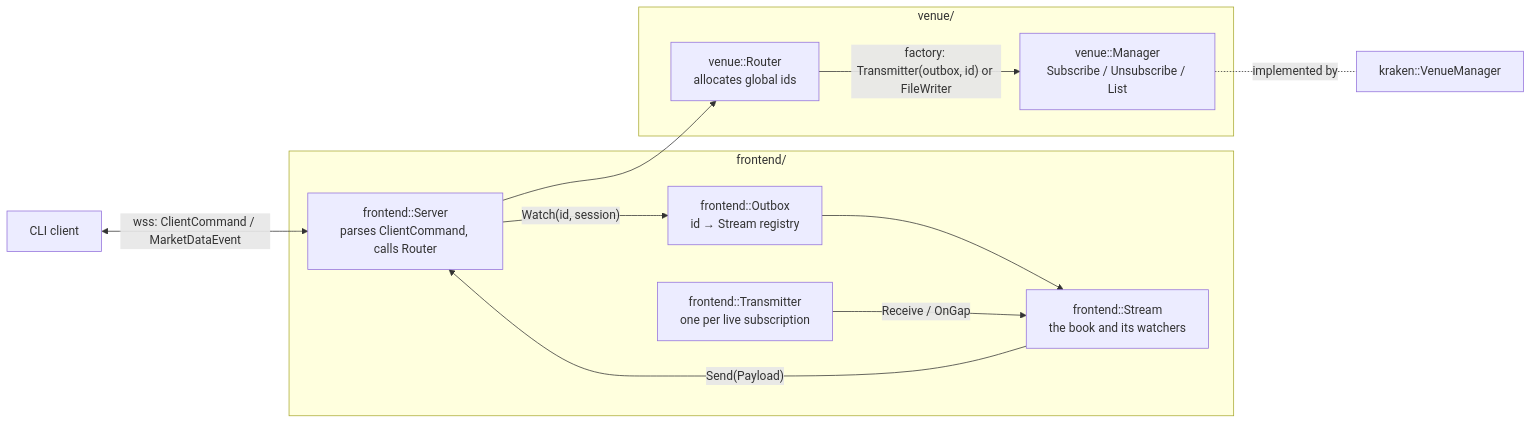
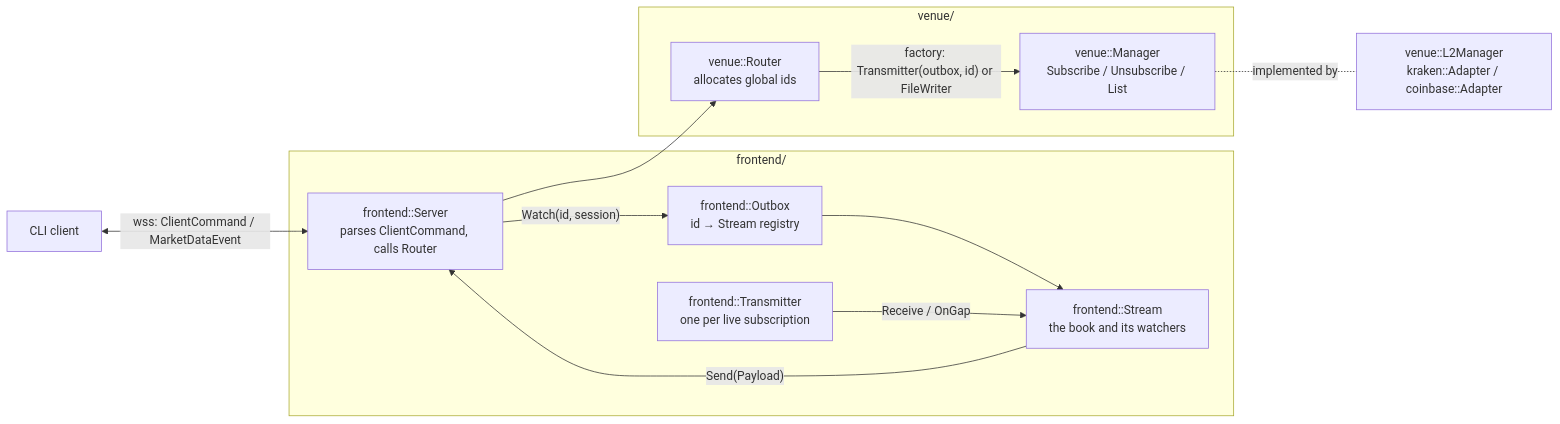
The third of 3 diagrams in data_feed/ARCHITECTURE.md (CptNemo0/StrategyNodes), drawn with Mermaid before and after one commit. The commit also changed other lines of this file and 47 other files, not shown here.

````diff
--- a/data_feed/ARCHITECTURE.md
+++ b/data_feed/ARCHITECTURE.md
@@ -248,22 +326,22 @@
 ```mermaid
 flowchart LR
     CLI["CLI client"] <-- "wss: ClientCommand / MarketDataEvent" --> SRV
     subgraph frontend["frontend/"]
         SRV["frontend::Server<br/>parses ClientCommand, calls Router"]
         OUT["frontend::Outbox<br/>id → Stream registry"]
         TX["frontend::Transmitter<br/>one per live subscription"]
         ST["frontend::Stream<br/>the book and its watchers"]
     end
     subgraph venue["venue/"]
         ROUTER["venue::Router<br/>allocates global ids"]
         MGR["venue::Manager<br/>Subscribe / Unsubscribe / List"]
     end
-    KVM["kraken::VenueManager"]
+    KVM["venue::L2Manager<br/>kraken::Adapter / coinbase::Adapter"]
 
     SRV --> ROUTER
     ROUTER -- "factory: Transmitter(outbox, id) or FileWriter" --> MGR
     MGR -. "implemented by" .- KVM
     SRV -- "Watch(id, session)" --> OUT --> ST
     TX -- "Receive / OnGap" --> ST
     ST -- "Send(Payload)" --> SRV
 ```
````
